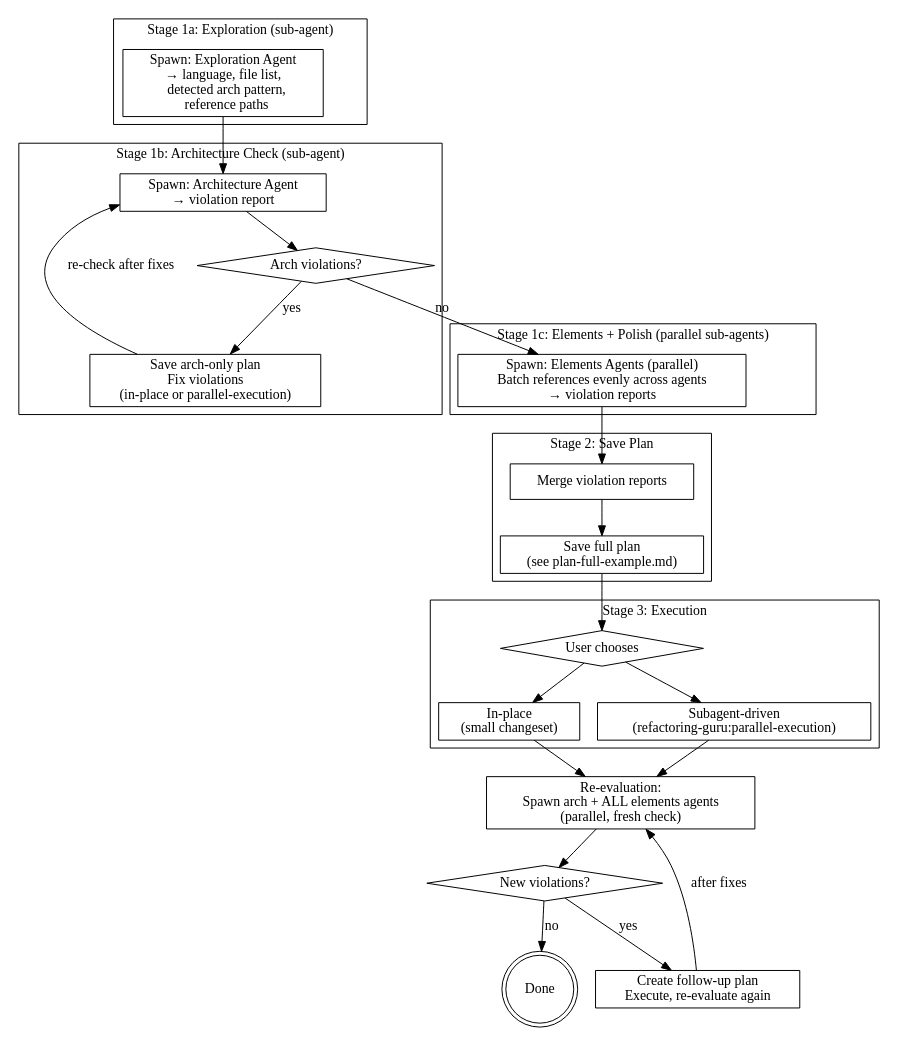
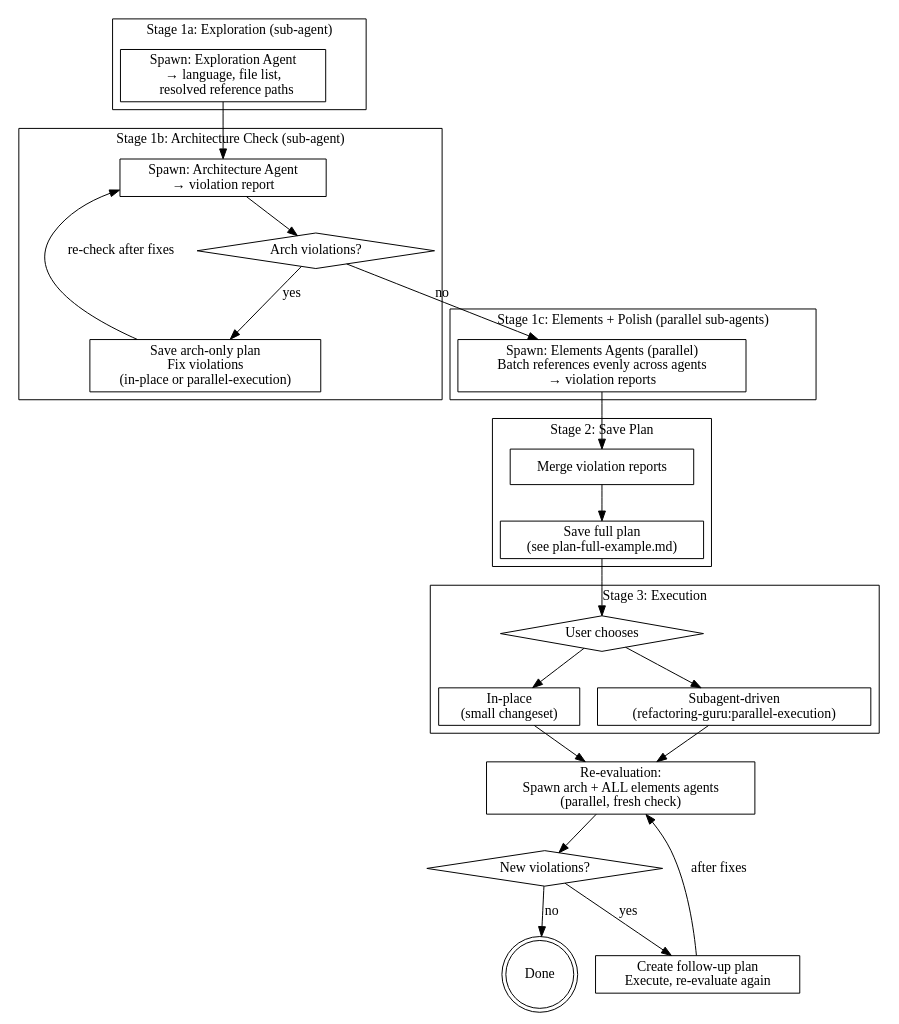
Before and after one commit to ZhilinS/cc-plugins: the diagram in plugins/refactoring-guru/skills/prepare-refactor/SKILL.md, drawn with Graphviz. The commit also changed other lines of this file and 9 other files, not shown here.

````diff
--- a/plugins/refactoring-guru/skills/prepare-refactor/SKILL.md
+++ b/plugins/refactoring-guru/skills/prepare-refactor/SKILL.md
@@ -12,58 +12,58 @@
 ```dot
 digraph refactor_flow {
     rankdir=TB;
     node [shape=box];
 
     subgraph cluster_explore {
         label="Stage 1a: Exploration (sub-agent)";
-        explore [label="Spawn: Exploration Agent\n→ language, file list,\n   detected arch pattern,\n   reference paths"];
+        explore [label="Spawn: Exploration Agent\n→ language, file list,\n   resolved reference paths"];
     }
 
     subgraph cluster_arch {
         label="Stage 1b: Architecture Check (sub-agent)";
         arch_agent [label="Spawn: Architecture Agent\n→ violation report"];
         arch_check [label="Arch violations?" shape=diamond];
         save_arch [label="Save arch-only plan\nFix violations\n(in-place or parallel-execution)"];
     }
 
     subgraph cluster_elements {
         label="Stage 1c: Elements + Polish (parallel sub-agents)";
         elem_agents [label="Spawn: Elements Agents (parallel)\nBatch references evenly across agents\n→ violation reports"];
     }
 
     subgraph cluster_plan {
         label="Stage 2: Save Plan";
         merge [label="Merge violation reports"];
         save_full [label="Save full plan\n(see plan-full-example.md)"];
     }
 
     subgraph cluster_exec {
         label="Stage 3: Execution";
         exec_choice [label="User chooses" shape=diamond];
         in_place [label="In-place\n(small changeset)"];
         subagent [label="Subagent-driven\n(refactoring-guru:parallel-execution)"];
     }
 
     reeval [label="Re-evaluation:\nSpawn arch + ALL elements agents\n(parallel, fresh check)" shape=box];
     new_violations [label="New violations?" shape=diamond];
     followup [label="Create follow-up plan\nExecute, re-evaluate again"];
     done [label="Done" shape=doublecircle];
 
     explore -> arch_agent;
     arch_agent -> arch_check;
     arch_check -> save_arch [label="yes"];
     save_arch -> arch_agent [label="re-check after fixes"];
     arch_check -> elem_agents [label="no"];
     elem_agents -> merge;
     merge -> save_full;
     save_full -> exec_choice;
     exec_choice -> in_place;
     exec_choice -> subagent;
     in_place -> reeval;
     subagent -> reeval;
     reeval -> new_violations;
     new_violations -> followup [label="yes"];
     followup -> reeval [label="after fixes"];
     new_violations -> done [label="no"];
 }
 ```
````
